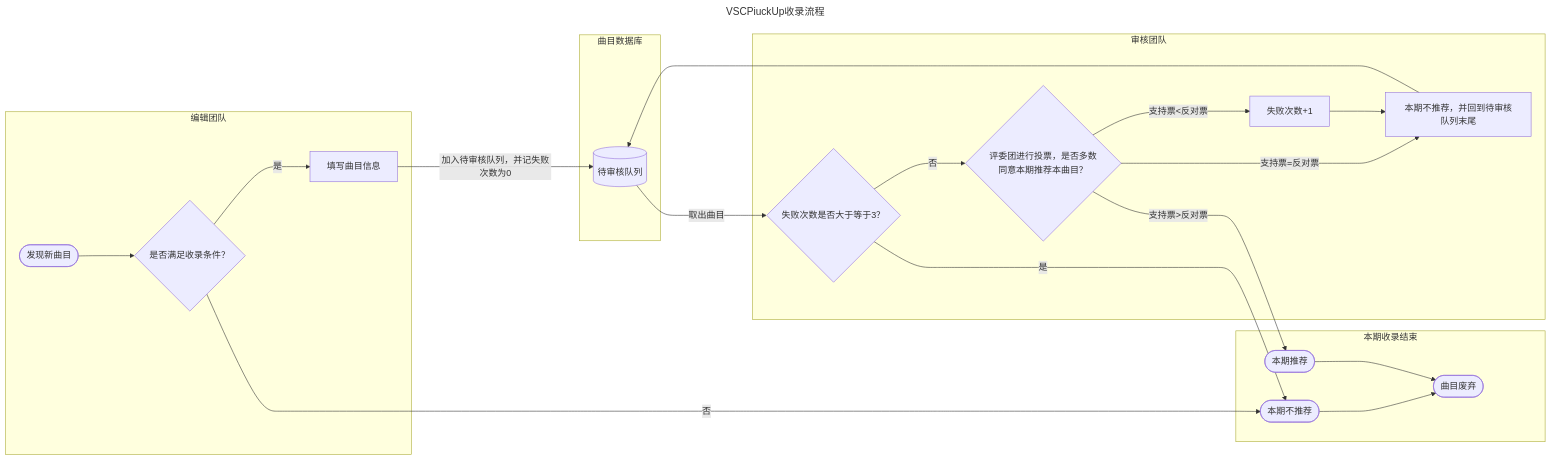
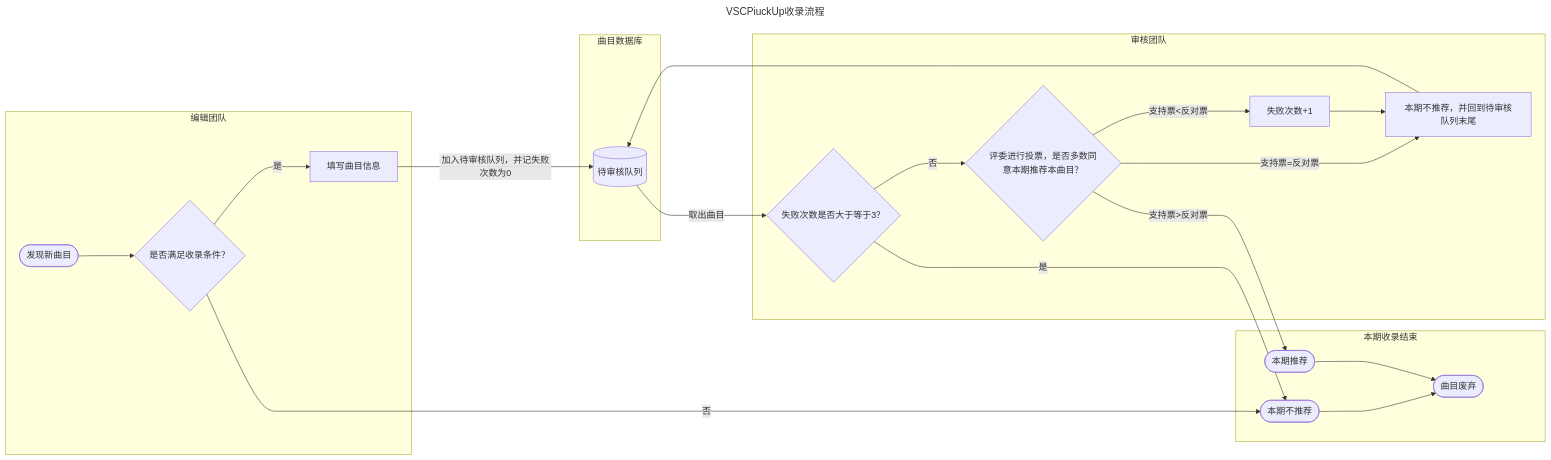
Before and after one commit to VSCPickup/docs: the diagram in docs/notes/weeklyPickup/运行规则/1. 节目运行方式.md, drawn with Mermaid. The commit also changed other lines of this file, not shown here.

````diff
--- a/docs/notes/weeklyPickup/运行规则/1. 节目运行方式.md
+++ b/docs/notes/weeklyPickup/运行规则/1. 节目运行方式.md
@@ -155,34 +167,34 @@
 ```mermaid
 ---
 title: VSCPiuckUp收录流程
 ---
 
 flowchart LR
 
     subgraph 曲目数据库
         OnProcessQueue@{ shape: cyl, label: "待审核队列" }
     end
     %% 全局节点
     subgraph 本期收录结束
         Refuse([本期不推荐]) ---> Drop
         Suggest([本期推荐]) ---> Drop
         Drop([曲目废弃])
     end
 
     subgraph 审核团队
         OnProcessQueue ---> |取出曲目| CheckTimes{失败次数是否大于等于3？}
         CheckTimes ---> |是| Refuse
-        CheckTimes ---> |否| Vote{评委团进行投票，是否多数同意本期推荐本曲目？}
+        CheckTimes ---> |否| Vote{评委进行投票，是否多数同意本期推荐本曲目？}
             Vote ---> |支持票>反对票| Suggest
             Vote ---> |支持票=反对票| RefuseSuggest[本期不推荐，并回到待审核队列末尾] ---> OnProcessQueue
             Vote ---> |支持票<反对票| FailedTimeAddOne[失败次数+1] ---> RefuseSuggest 
     end
 
     subgraph 编辑团队
         FindNewMusic([发现新曲目])  ---> CheckIsLegal{是否满足收录条件？}
         CheckIsLegal ---> |是| WriteSuggestMessage[填写曲目信息]
             %% 曲目信息可收录，进入审核团队工作流程
             WriteSuggestMessage ---> |加入待审核队列，并记失败次数为0| OnProcessQueue
         CheckIsLegal ---> |否| Refuse
     end
 ```
````
